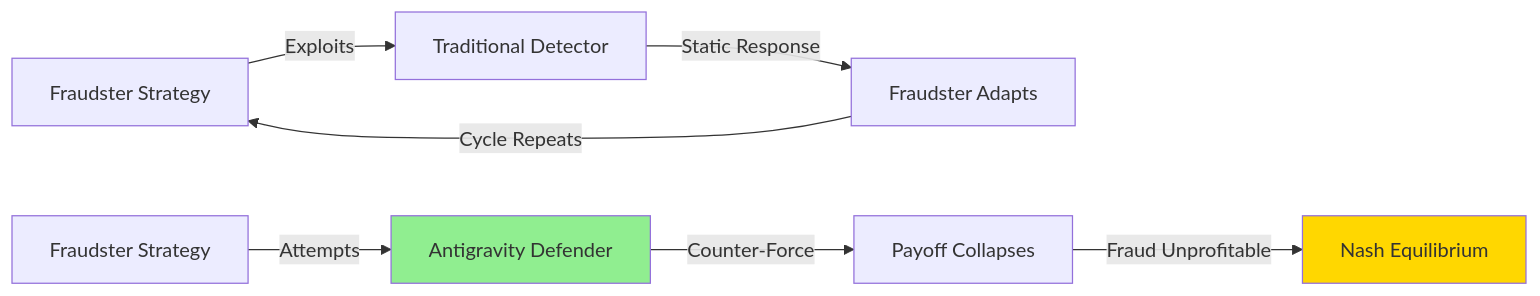
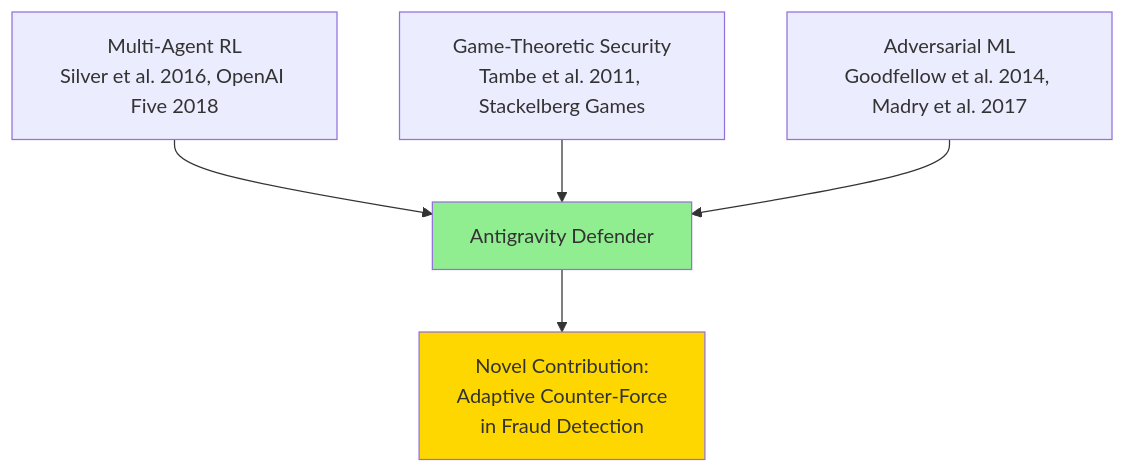
The first of 2 diagrams in README.md (HelloCol2/markov-fraud-antigravity), drawn with Mermaid before and after one commit. The commit also changed other lines of this file and 20 other files, not shown here.

````diff
--- a/README.md
+++ b/README.md
@@ -51,13 +44,11 @@
 ```mermaid
-graph LR
-    A[Fraudster Strategy] -->|Exploits| B[Traditional Detector]
-    B -->|Static Response| C[Fraudster Adapts]
-    C -->|Cycle Repeats| A
+graph TB
+    A[Multi-Agent RL<br/>Silver et al. 2016, OpenAI Five 2018] --> D[Antigravity Defender]
+    B[Game-Theoretic Security<br/>Tambe et al. 2011, Stackelberg Games] --> D
+    C[Adversarial ML<br/>Goodfellow et al. 2014, Madry et al. 2017] --> D
     
-    D[Fraudster Strategy] -->|Attempts| E[Antigravity Defender]
-    E -->|Counter-Force| F[Payoff Collapses]
-    F -->|Fraud Unprofitable| G[Nash Equilibrium]
+    D --> E[Novel Contribution:<br/>Adaptive Counter-Force<br/>in Fraud Detection]
     
-    style E fill:#90EE90
-    style G fill:#FFD700
+    style D fill:#90EE90
+    style E fill:#FFD700
 ```
````
